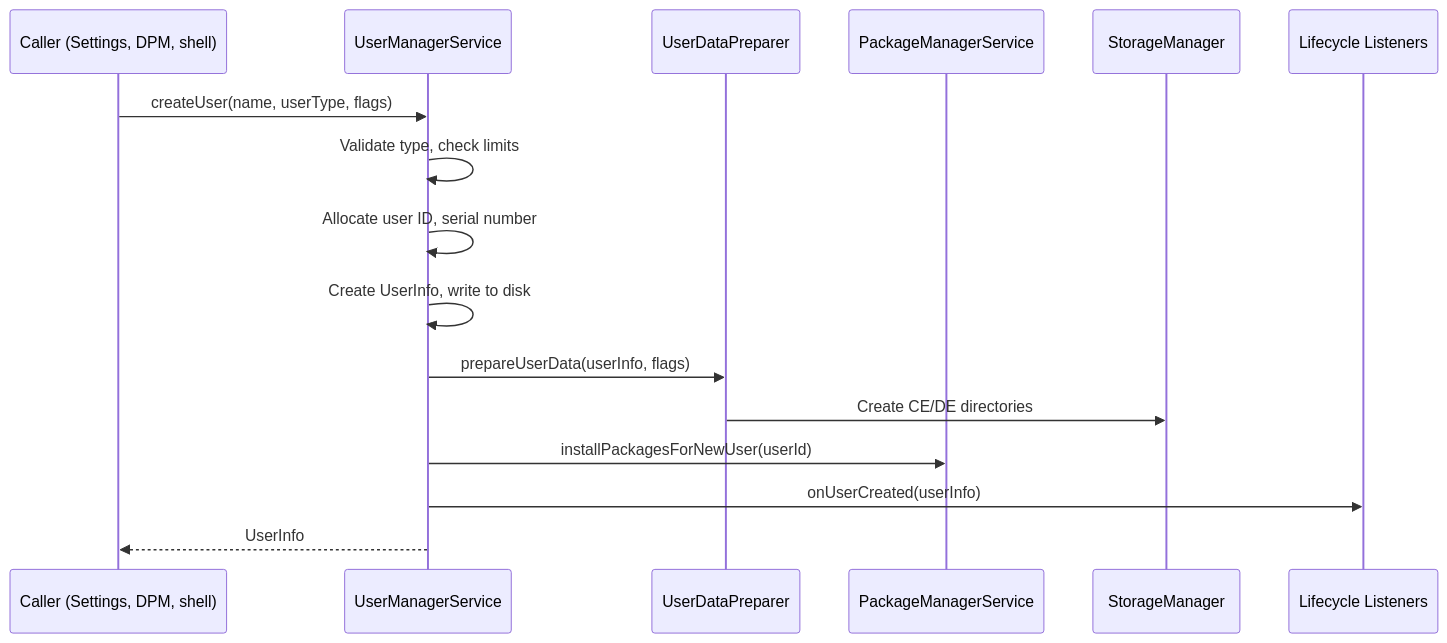
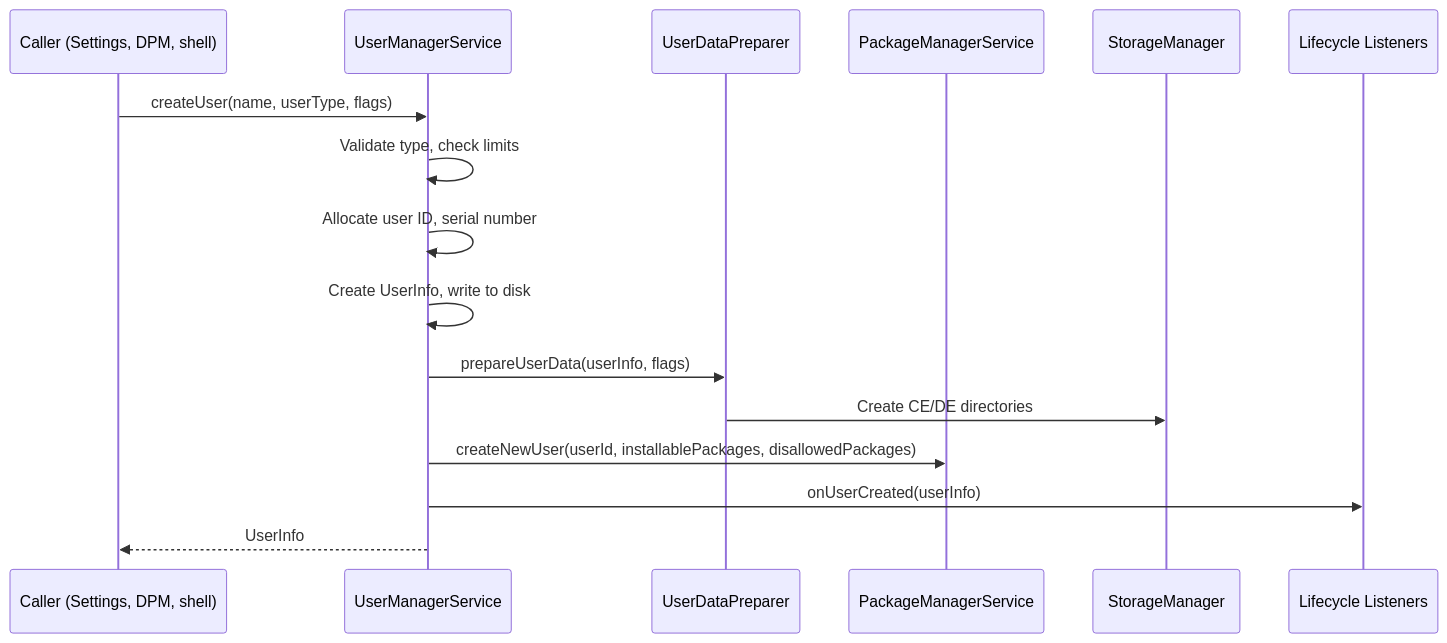
One commit to aospbooks/aosp-internal-book changed the fourth of 28 diagrams in 31-multi-user.md. Above: the diagram before and after it, drawn with Mermaid. The commit also changed other lines of this file and 218 other files, not shown here.

````diff
--- a/31-multi-user.md
+++ b/31-multi-user.md
@@ -552,19 +552,19 @@
 ```mermaid
 sequenceDiagram
     participant Caller as Caller (Settings, DPM, shell)
     participant UMS as UserManagerService
     participant UDP as UserDataPreparer
     participant PM as PackageManagerService
     participant SM as StorageManager
     participant LL as Lifecycle Listeners
 
     Caller->>UMS: createUser(name, userType, flags)
     UMS->>UMS: Validate type, check limits
     UMS->>UMS: Allocate user ID, serial number
     UMS->>UMS: Create UserInfo, write to disk
     UMS->>UDP: prepareUserData(userInfo, flags)
     UDP->>SM: Create CE/DE directories
-    UMS->>PM: installPackagesForNewUser(userId)
+    UMS->>PM: createNewUser(userId, installablePackages, disallowedPackages)
     UMS->>LL: onUserCreated(userInfo)
     UMS-->>Caller: UserInfo
 ```
````
